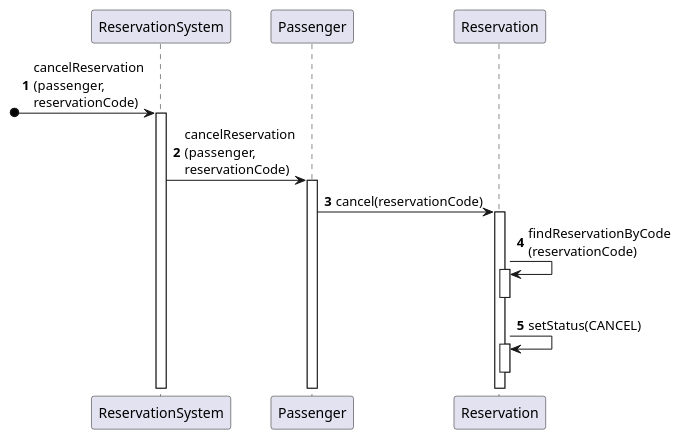
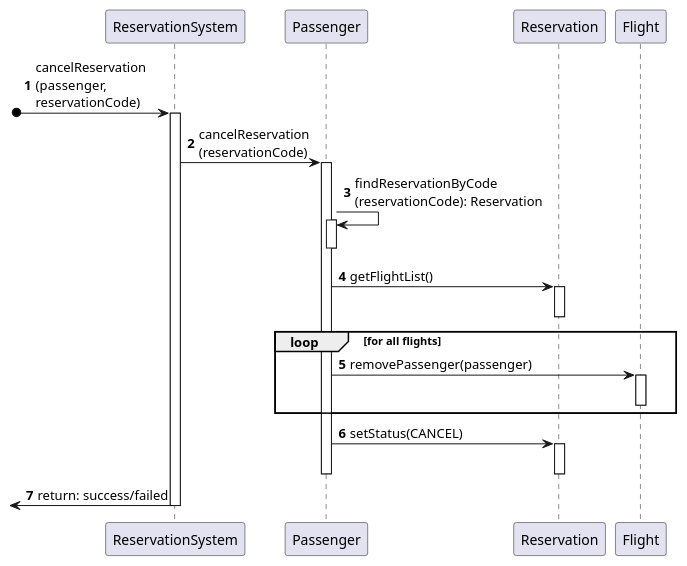
One commit to Ochirgarid/mpp-project changed the diagram in diagrams/plantuml/3-13-sequence-diagram.md. Above: the diagram before and after it, drawn with PlantUML. The commit also changed 12 other files, not shown here.

Commit message:
4 sequence diagrams update

````diff
--- a/diagrams/plantuml/3-13-sequence-diagram.md
+++ b/diagrams/plantuml/3-13-sequence-diagram.md
@@ -1,20 +1,32 @@
 ```plantuml
 @startuml
 
 autonumber
 
 [o->ReservationSystem: cancelReservation\n(passenger,\nreservationCode)
 activate ReservationSystem
-ReservationSystem->Passenger: cancelReservation\n(passenger,\nreservationCode)
+ReservationSystem->Passenger: cancelReservation\n(reservationCode)
 activate Passenger
-Passenger -> Reservation: cancel(reservationCode)
-activate Reservation
-Reservation -> Reservation: findReservationByCode\n(reservationCode)
-activate Reservation
-deactivate Reservation
-Reservation -> Reservation: setStatus(CANCEL)
+Passenger -> Passenger: findReservationByCode\n(reservationCode): Reservation
+activate Passenger
+deactivate Passenger
+Passenger -> Reservation: getFlightList()
 activate Reservation
 deactivate Reservation
 
+loop for all flights
+    Passenger->Flight: removePassenger(passenger)
+    activate Flight
+    deactivate Flight
+end
+
+Passenger -> Reservation: setStatus(CANCEL)
+activate Reservation
+deactivate Reservation
+deactivate Passenger
+[<-ReservationSystem: return: success/failed
+deactivate ReservationSystem
+
+
 @enduml
 ```
````
